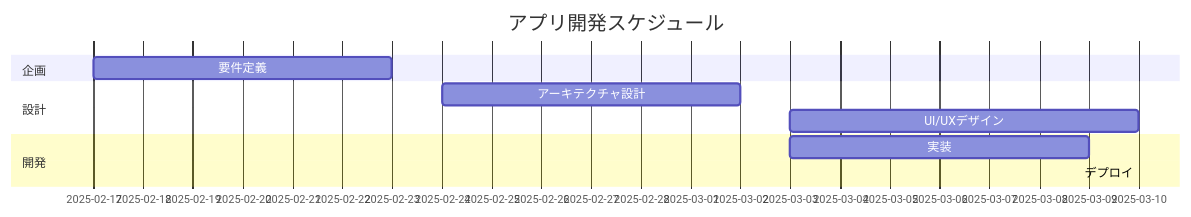
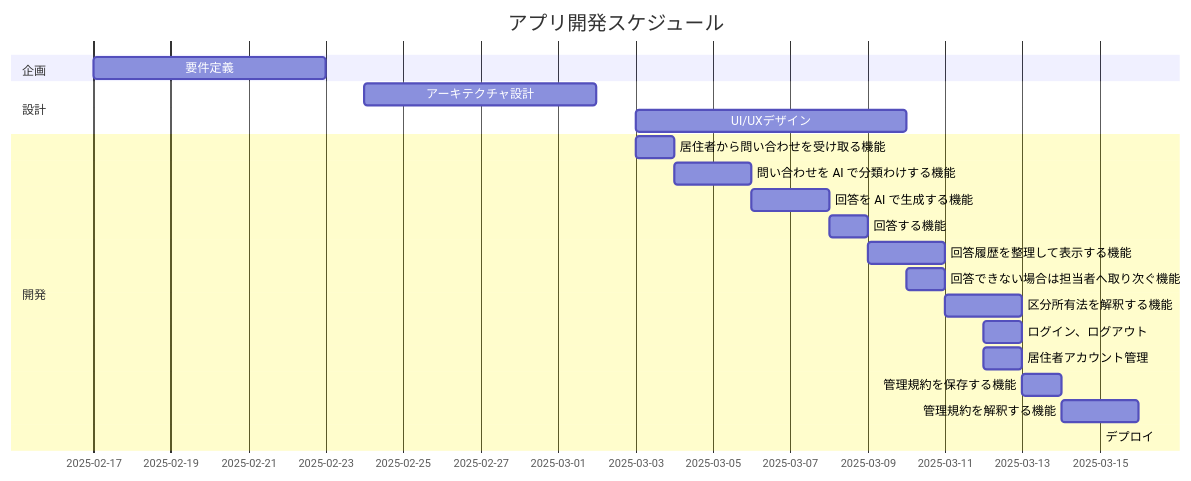
One commit to rictusempra52/APIkadai changed the first of 2 diagrams in presentation/企画スケジュール.md. Above: the diagram before and after it, drawn with Mermaid. The commit also changed other lines of this file and 2 other files, not shown here.

````diff
--- a/presentation/企画スケジュール.md
+++ b/presentation/企画スケジュール.md
@@ -20,14 +20,23 @@
 ```mermaid
 gantt
     title アプリ開発スケジュール
-    tickinterval 1day
     dateFormat  YYYY-MM-DD
         section 企画
             要件定義  :a2, 2025-02-17, 2025-02-23
         section 設計
-        アーキテクチャ設計:b1, 2025-02-24, 2025-03-02
+            アーキテクチャ設計:b1, 2025-02-24, 2025-03-02
             UI/UXデザイン:b2, 2025-03-03, 2025-03-10
         section 開発
-            実装:c1, 2025-03-03, 2025-03-09
-            デプロイ:c2, 2025-03-10, 2025-03-10
+            居住者から問い合わせを受け取る機能:c1, 2025-03-03, 1d
+            問い合わせを AI で分類わけする機能:c2, 2025-03-04, 2d
+            回答を AI で生成する機能:c3, 2025-03-06, 2d
+            回答する機能:c4, 2025-03-08, 1d
+            回答履歴を整理して表示する機能:c5, 2025-03-09, 1.5d
+            回答できない場合は担当者へ取り次ぐ機能:c6, 2025-03-10, 1d
+            区分所有法を解釈する機能:c7, 2025-03-11, 1.5d
+            ログイン、ログアウト:c8, 2025-03-12, 0.5d
+            居住者アカウント管理:c9, 2025-03-12, 0.5d
+            管理規約を保存する機能:c10, 2025-03-13, 1d
+            管理規約を解釈する機能:c11, 2025-03-14, 1.5d
+            デプロイ:c12, 2025-03-15, 2025-03-15
 ```
````
